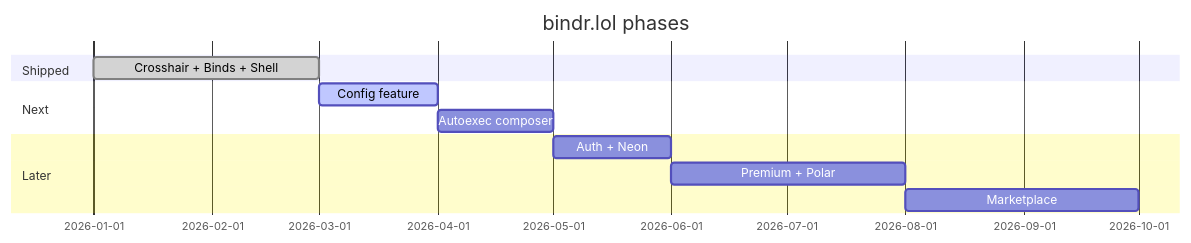
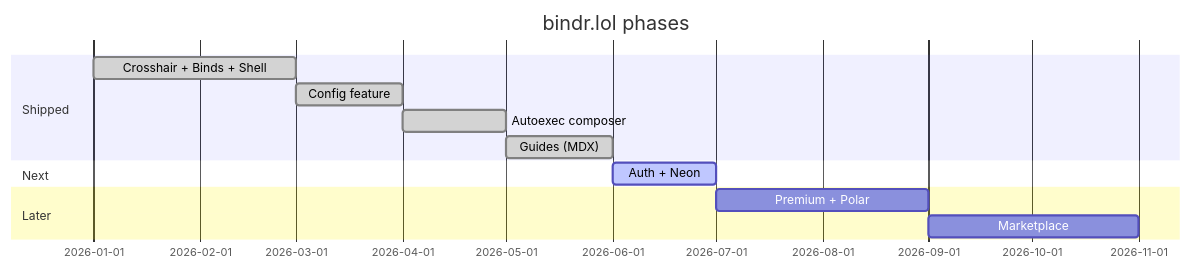
The fourth of 4 diagrams in .docs/SPEC.md (percdotdev/bindr), drawn with Mermaid before and after one commit. The commit also changed other lines of this file, not shown here.

First line of the commit message:
docs(spec): document guides feature (phase 1.7)

````diff
--- a/.docs/SPEC.md
+++ b/.docs/SPEC.md
@@ -426,14 +462,15 @@
 ```mermaid
 gantt
   title bindr.lol phases
   dateFormat YYYY-MM
   section Shipped
   Crosshair + Binds + Shell     :done, p10, 2026-01, 2026-03
+  Config feature                :done, p15, 2026-03, 2026-04
+  Autoexec composer             :done, p16, 2026-04, 2026-05
+  Guides (MDX)                  :done, p17, 2026-05, 2026-06
   section Next
-  Config feature                :active, p15, 2026-03, 2026-04
-  Autoexec composer             :p16, 2026-04, 2026-05
+  Auth + Neon                   :active, p20, 2026-06, 2026-07
   section Later
-  Auth + Neon                   :p20, 2026-05, 2026-06
-  Premium + Polar               :p30, 2026-06, 2026-08
-  Marketplace                   :p31, 2026-08, 2026-10
+  Premium + Polar               :p30, 2026-07, 2026-09
+  Marketplace                   :p31, 2026-09, 2026-11
 ```
````
